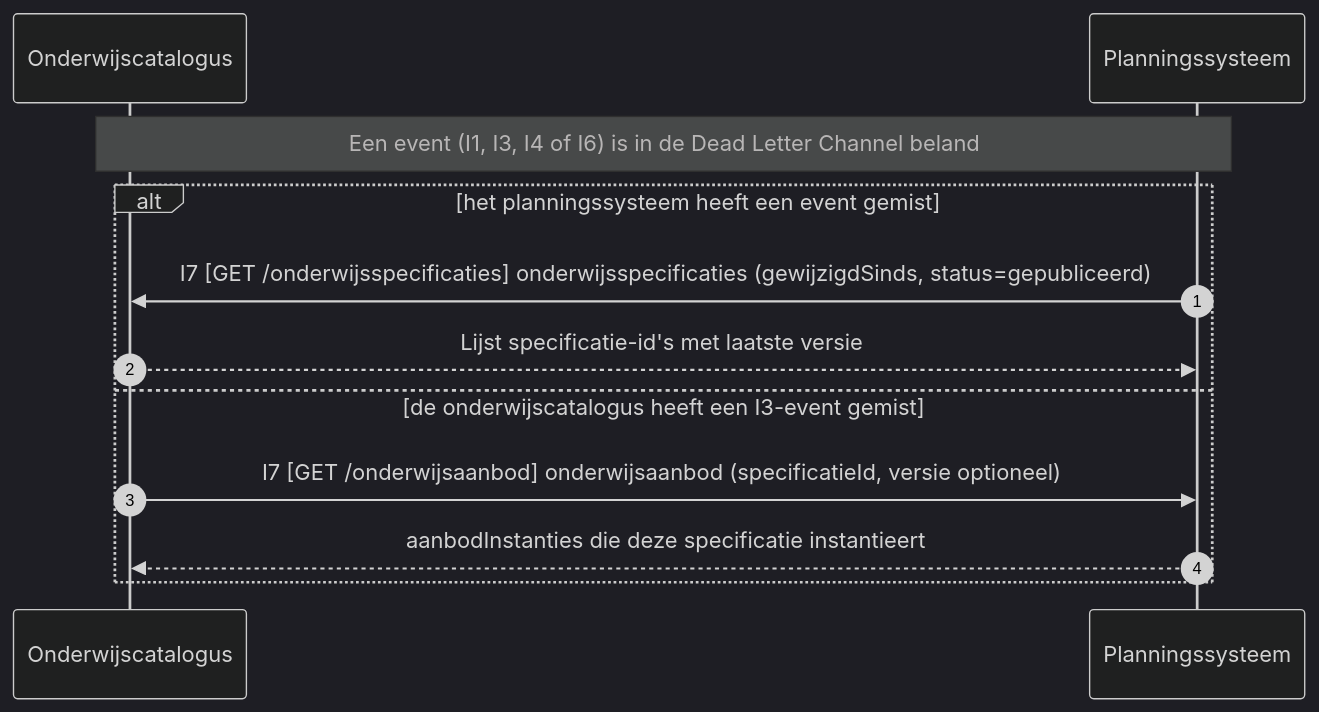
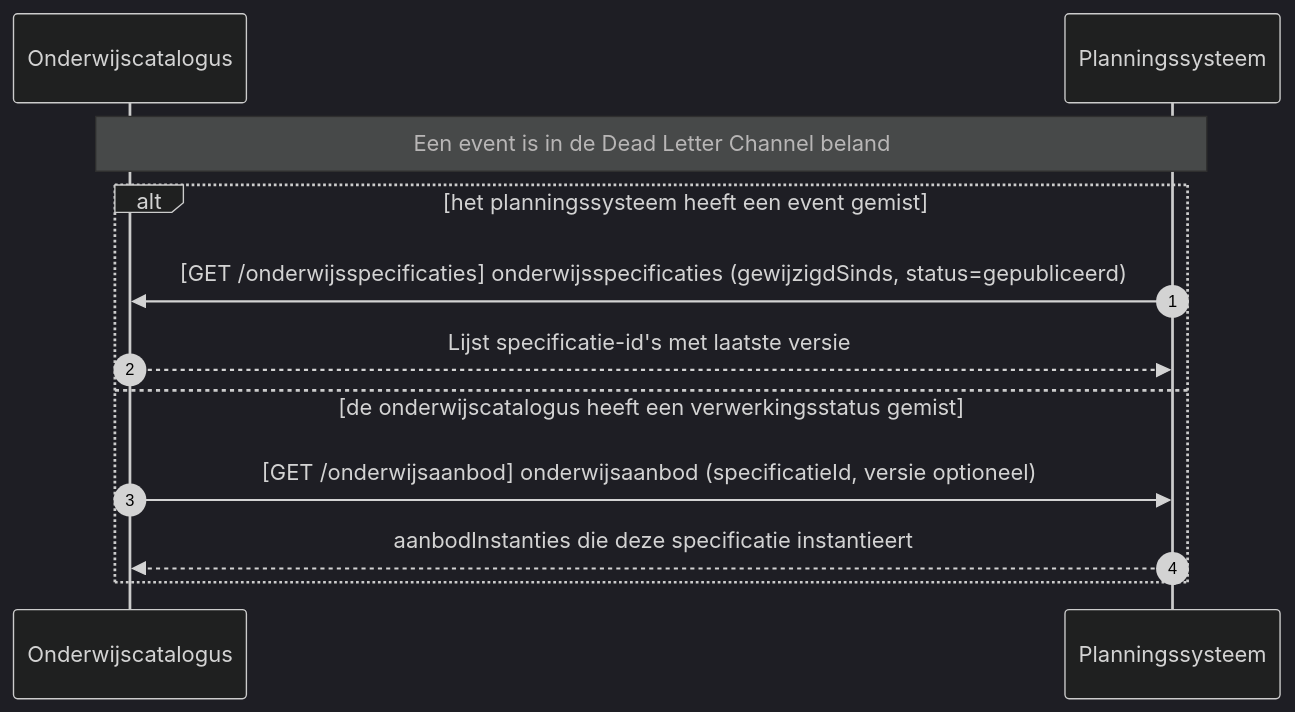
One commit to Npuls-OKx/Public changed the seventh of 9 diagrams in Koppelvlakspecificaties/Koppelingspecificaties/onderwijscatalogus-planning-en-roostering.md. Above: the diagram before and after it, drawn with Mermaid (dark theme). The commit also changed other lines of this file and 5 other files, not shown here.

````diff
--- a/Koppelvlakspecificaties/Koppelingspecificaties/onderwijscatalogus-planning-en-roostering.md
+++ b/Koppelvlakspecificaties/Koppelingspecificaties/onderwijscatalogus-planning-en-roostering.md
@@ -264,15 +224,15 @@
 ```mermaid
 sequenceDiagram
     autonumber
     participant Onderwijscatalogus
     participant Planningssysteem
 
-    Note over Onderwijscatalogus,Planningssysteem: Een event (I1, I3, I4 of I6) is in de Dead Letter Channel beland
+    Note over Onderwijscatalogus,Planningssysteem: Een event is in de Dead Letter Channel beland
     alt het planningssysteem heeft een event gemist
-        Planningssysteem->>Onderwijscatalogus: I7 [GET /onderwijsspecificaties] onderwijsspecificaties (gewijzigdSinds, status=gepubliceerd)
+        Planningssysteem->>Onderwijscatalogus: [GET /onderwijsspecificaties] onderwijsspecificaties (gewijzigdSinds, status=gepubliceerd)
         Onderwijscatalogus-->>Planningssysteem: Lijst specificatie-id's met laatste versie
-    else de onderwijscatalogus heeft een I3-event gemist
-        Onderwijscatalogus->>Planningssysteem: I7 [GET /onderwijsaanbod] onderwijsaanbod (specificatieId, versie optioneel)
+    else de onderwijscatalogus heeft een verwerkingsstatus gemist
+        Onderwijscatalogus->>Planningssysteem: [GET /onderwijsaanbod] onderwijsaanbod (specificatieId, versie optioneel)
         Planningssysteem-->>Onderwijscatalogus: aanbodInstanties die deze specificatie instantieert
     end
 ```
````
